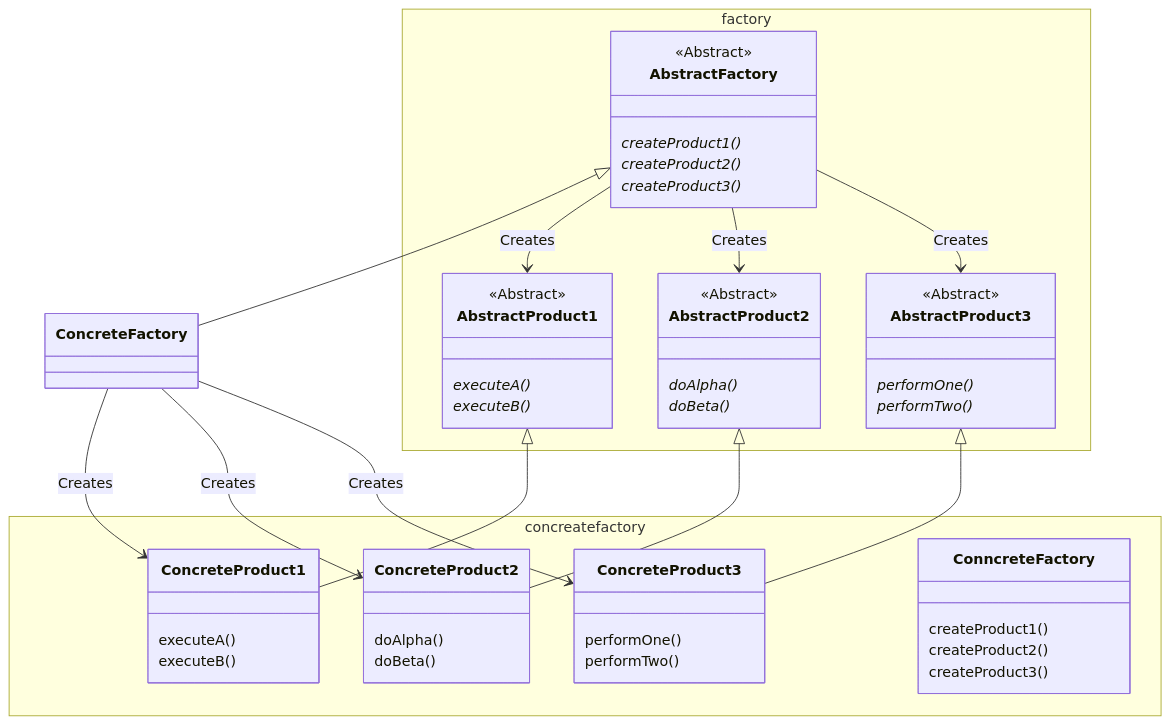
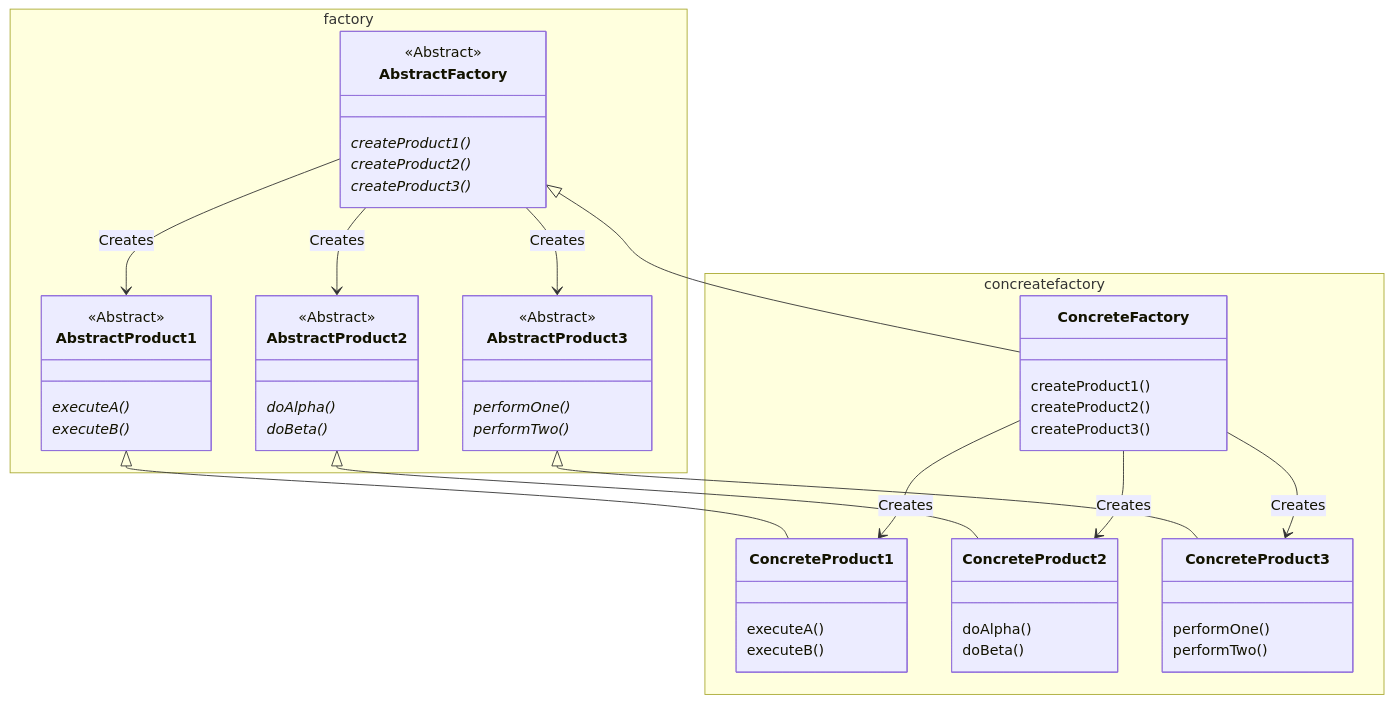
Before and after one commit to nonsugar-go/study: the diagram in programming/ood/design-patterns/abstract-factory.md, drawn with Mermaid.

````diff
--- a/programming/ood/design-patterns/abstract-factory.md
+++ b/programming/ood/design-patterns/abstract-factory.md
@@ -2,55 +2,55 @@
 ```mermaid
 classDiagram
     AbstractProduct1 <|-- ConcreteProduct1
     AbstractProduct2 <|-- ConcreteProduct2
     AbstractProduct3 <|-- ConcreteProduct3
     AbstractFactory  <|-- ConcreteFactory
     AbstractFactory  -->  AbstractProduct1 : Creates
     AbstractFactory  -->  AbstractProduct2 : Creates
     AbstractFactory  -->  AbstractProduct3 : Creates
     ConcreteFactory  -->  ConcreteProduct1 : Creates
     ConcreteFactory  -->  ConcreteProduct2 : Creates
     ConcreteFactory  -->  ConcreteProduct3 : Creates
     namespace factory {
         class AbstractProduct1{
             <<Abstract>>
             executeA()* 
             executeB()*
         }
         class AbstractProduct2{
             <<Abstract>>
             doAlpha()* 
             doBeta()*
         }
         class AbstractProduct3{
             <<Abstract>>
             performOne()* 
             performTwo()*
         }
         class AbstractFactory{
             <<Abstract>>
             createProduct1()*
             createProduct2()*
             createProduct3()*
         }
     }
     namespace concreatefactory {
         class ConcreteProduct1{
             executeA() 
             executeB()
         }
         class ConcreteProduct2{
             doAlpha() 
             doBeta()
         }
         class ConcreteProduct3{
             performOne() 
             performTwo()
         }
-        class ConncreteFactory{
+        class ConcreteFactory{
             createProduct1()
             createProduct2()
             createProduct3()
         }
     }
 ```
````
